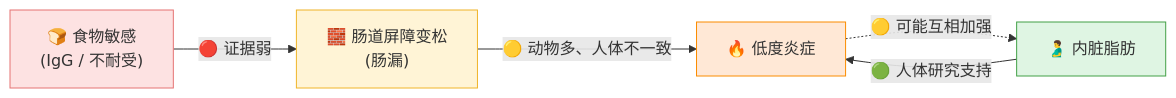
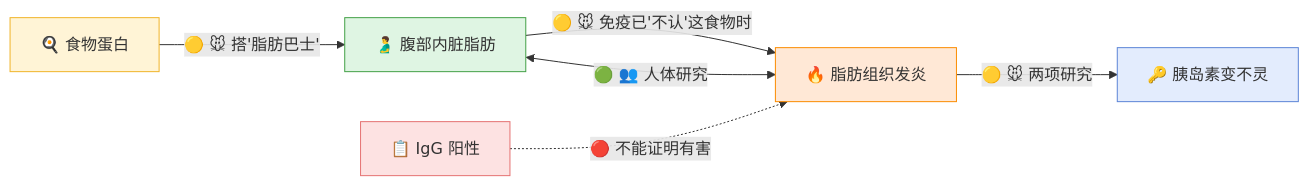
One commit to fcway-raw/woork changed the first of 3 diagrams in food-sensitivity-inflammation-fat/00_故事架构.md. Above: the diagram before and after it, drawn with Mermaid. The commit also changed other lines of this file, not shown here.

````diff
--- a/food-sensitivity-inflammation-fat/00_故事架构.md
+++ b/food-sensitivity-inflammation-fat/00_故事架构.md
@@ -18,12 +24,14 @@
 ```mermaid
 flowchart LR
-    A["🍞 食物敏感<br/>(IgG / 不耐受)"] -->|"🔴 证据弱"| B["🧱 肠道屏障变松<br/>(肠漏)"]
-    B -->|"🟡 动物多、人体不一致"| C["🔥 低度炎症"]
-    D["🫃 内脏脂肪"] -->|"🟢 人体研究支持"| C
-    C -.->|"🟡 可能互相加强"| D
+    A["🍳 食物蛋白"] -->|"🟡 🐭 搭'脂肪巴士'"| B["🫃 腹部内脏脂肪"]
+    B -->|"🟡 🐭 免疫已'不认'这食物时"| C["🔥 脂肪组织发炎"]
+    C -->|"🟡 🐭 两项研究"| D["🔑 胰岛素变不灵"]
+    B <-->|"🟢 👥 人体研究"| C
+    E["📋 IgG 阳性"] -.->|"🔴 不能证明有害"| C
 
-    style A fill:#fde2e2,stroke:#e57373
-    style B fill:#fff4d6,stroke:#f0b429
+    style A fill:#fff4d6,stroke:#f0b429
+    style B fill:#dff5e3,stroke:#43a047
     style C fill:#ffe8d6,stroke:#fb8c00
-    style D fill:#dff5e3,stroke:#43a047
+    style D fill:#e3ecfd,stroke:#5c85d6
+    style E fill:#fde2e2,stroke:#e57373
 ```
````
